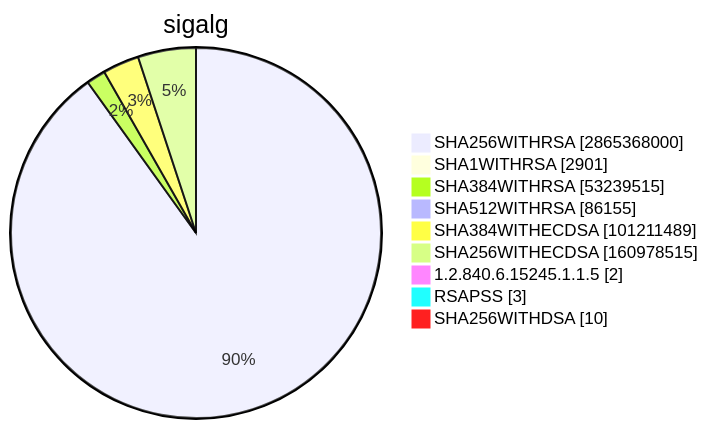
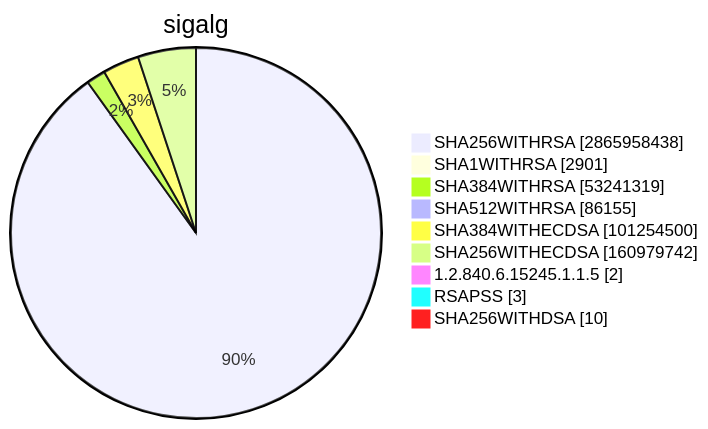
One commit to christiankrug/ctmonitor_visualization changed diagram 15 of 15 in TOTAL/README.md. Above: the diagram before and after it, drawn with Mermaid. The commit also changed other lines of this file, not shown here.

````diff
--- a/TOTAL/README.md
+++ b/TOTAL/README.md
@@ -6207,13 +6207,13 @@
 ```mermaid
 pie showData
 title sigalg
-"SHA256WITHRSA" :2865368000
+"SHA256WITHRSA" :2865958438
 "SHA1WITHRSA" :2901
-"SHA384WITHRSA" :53239515
+"SHA384WITHRSA" :53241319
 "SHA512WITHRSA" :86155
-"SHA384WITHECDSA" :101211489
-"SHA256WITHECDSA" :160978515
+"SHA384WITHECDSA" :101254500
+"SHA256WITHECDSA" :160979742
 "1.2.840.6.15245.1.1.5" :2
 "RSAPSS" :3
 "SHA256WITHDSA" :10
 ```
````
